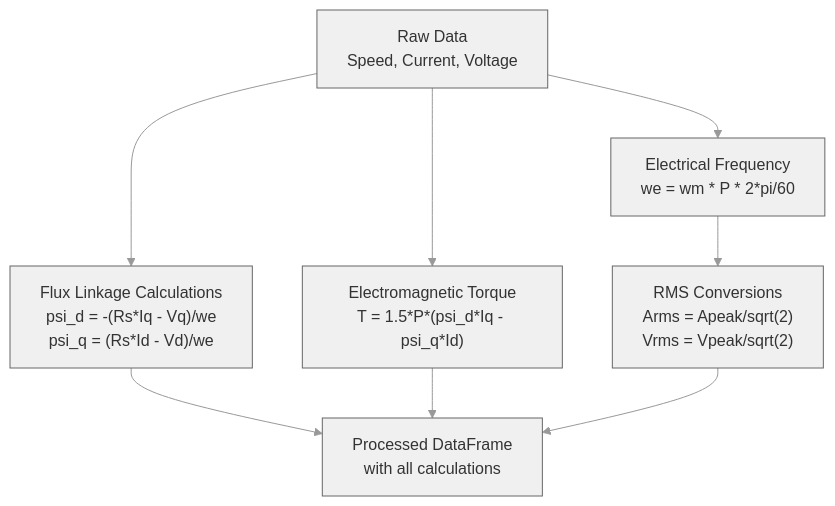
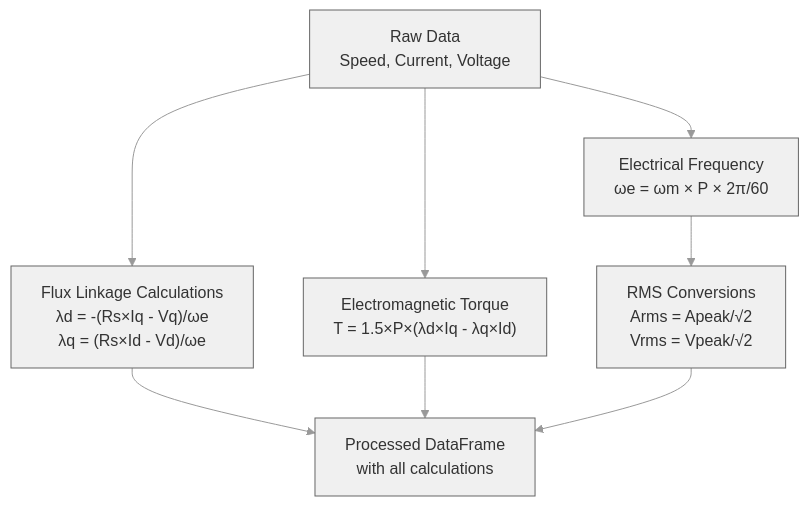
One commit to seanbf/tableGen changed the third of 3 diagrams in docs/README.md. Above: the diagram before and after it, drawn with Mermaid. The commit also changed other lines of this file, not shown here.

First line of the commit message:
Revert "Fix mermaid diagrams and equations: replace Unicode with ASCII for better compatibility"

````diff
--- a/docs/README.md
+++ b/docs/README.md
@@ -93,12 +93,12 @@
 ```mermaid
 %%{init: {'theme':'base', 'themeVariables': { 'primaryColor':'#f0f0f0', 'primaryTextColor':'#333', 'primaryBorderColor':'#666', 'lineColor':'#999', 'secondBkgColor':'#e8e8e8', 'tertiaryColor':'#fff'}}}%%
 graph TD
-    RAW["Raw Data<br/>Speed, Current, Voltage"] --> FREQ["Electrical Frequency<br/>we = wm * P * 2*pi/60"]
-    RAW --> FLUX["Flux Linkage Calculations<br/>psi_d = -(Rs*Iq - Vq)/we<br/>psi_q = (Rs*Id - Vd)/we"]
-    RAW --> TRQ["Electromagnetic Torque<br/>T = 1.5*P*(psi_d*Iq - psi_q*Id)"]
-    FREQ --> RMS["RMS Conversions<br/>Arms = Apeak/sqrt(2)<br/>Vrms = Vpeak/sqrt(2)"]
+    RAW["Raw Data<br/>Speed, Current, Voltage"] --> FREQ["Electrical Frequency<br/>ωe = ωm × P × 2π/60"]
+    RAW --> FLUX["Flux Linkage Calculations<br/>λd = -(Rs×Iq - Vq)/ωe<br/>λq = (Rs×Id - Vd)/ωe"]
+    RAW --> TRQ["Electromagnetic Torque<br/>T = 1.5×P×(λd×Iq - λq×Id)"]
+    FREQ --> RMS["RMS Conversions<br/>Arms = Apeak/√2<br/>Vrms = Vpeak/√2"]
     
     FLUX --> OUT["Processed DataFrame<br/>with all calculations"]
     TRQ --> OUT
     RMS --> OUT
 ```
````
